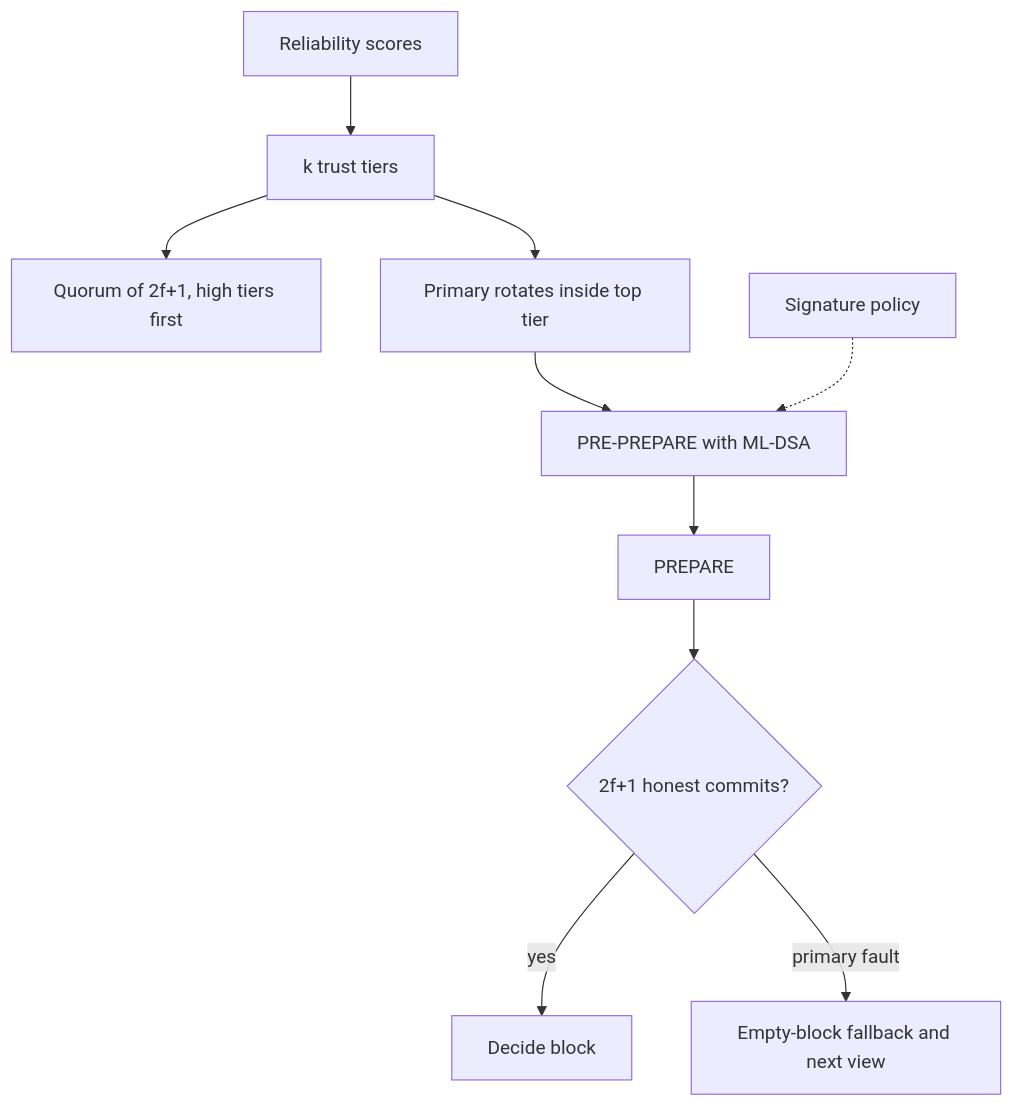
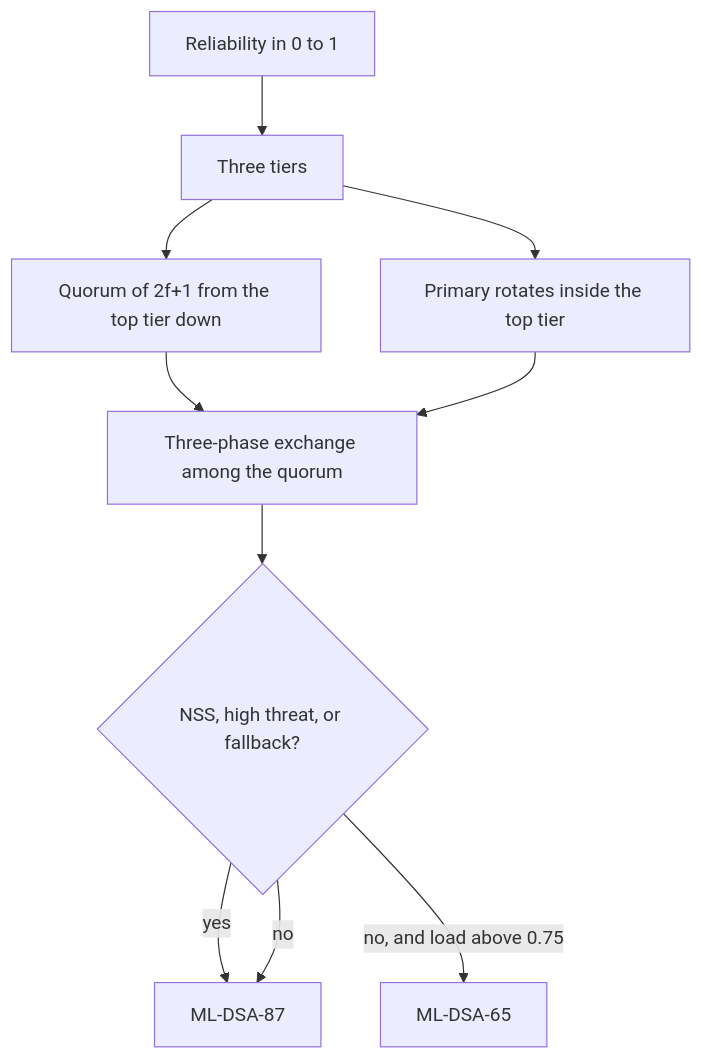
The diagram in docs/PROTOCOL.md (farhadkusc/quantumshield-qhbft), drawn with Mermaid before and after one commit. The commit also changed other lines of this file and 14 other files, not shown here.

````diff
--- a/docs/PROTOCOL.md
+++ b/docs/PROTOCOL.md
@@ -3,12 +3,12 @@
 ```mermaid
 flowchart TD
-  R[Reliability scores] --> T[k trust tiers]
-  T --> Q[Quorum of 2f+1, high tiers first]
-  T --> P[Primary rotates inside top tier]
-  P --> PRE[PRE-PREPARE with ML-DSA]
-  PRE --> PR[PREPARE]
-  PR --> C{2f+1 honest commits?}
-  C -->|yes| D[Decide block]
-  C -->|primary fault| E[Empty-block fallback and next view]
-  S[Signature policy] -.-> PRE
+  R[Reliability in 0 to 1] --> T[Three tiers]
+  T --> Q[Quorum of 2f+1 from the top tier down]
+  T --> P[Primary rotates inside the top tier]
+  Q --> B[Three-phase exchange among the quorum]
+  P --> B
+  B --> S{NSS, high threat, or fallback?}
+  S -->|yes| A[ML-DSA-87]
+  S -->|no, and load above 0.75| C[ML-DSA-65]
+  S -->|no| A
 ```
````
